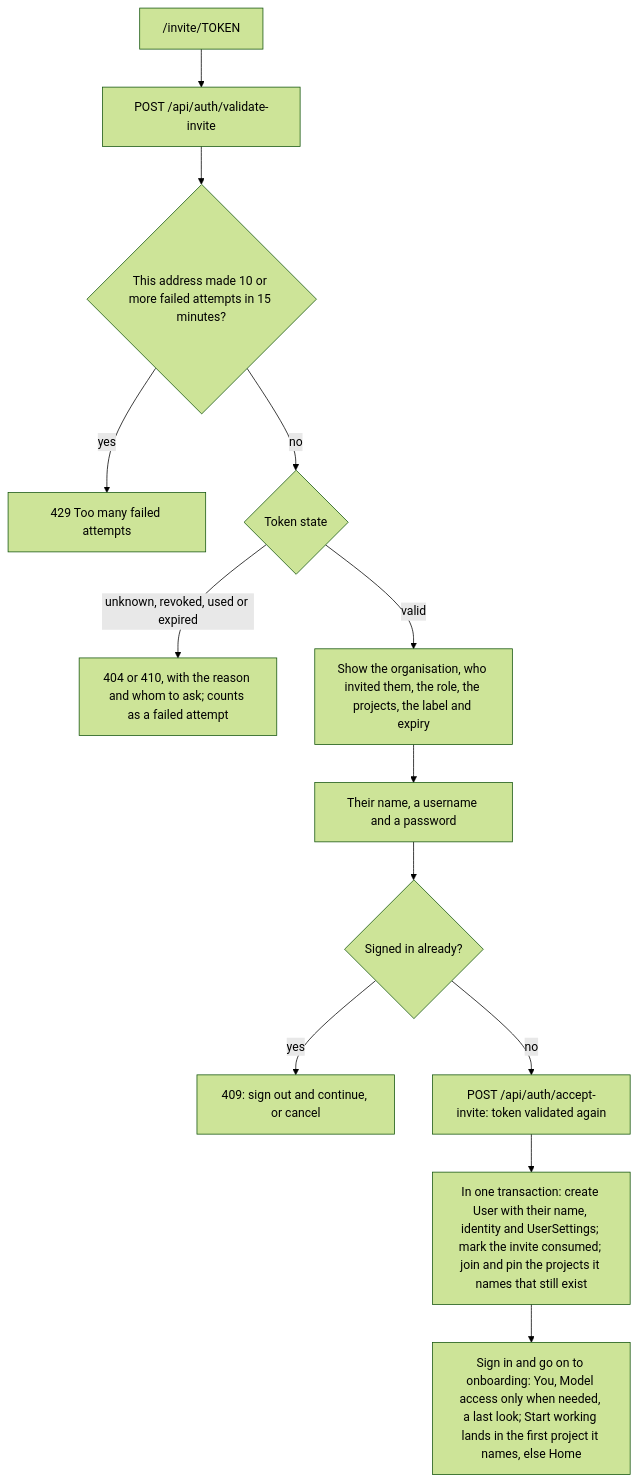
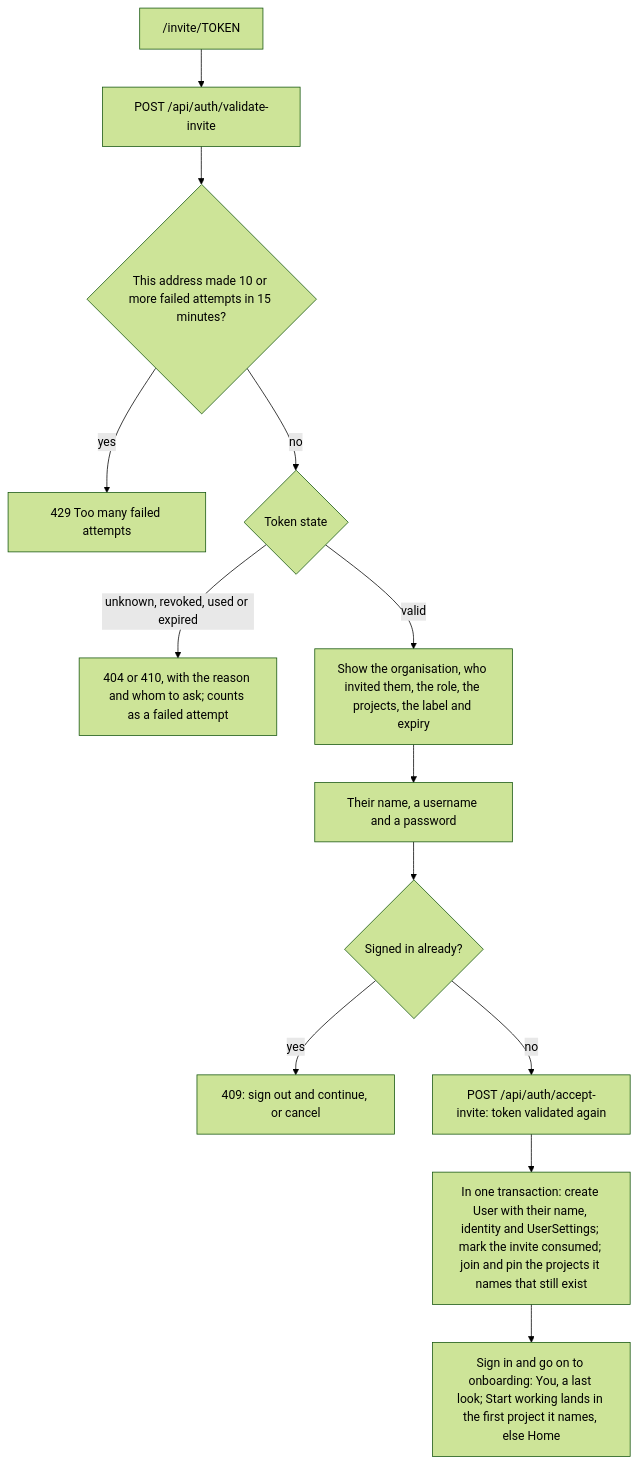
The fourth of 7 diagrams in docs/concepts/auth/invite-auth.md (solution84-com/agenthix), drawn with Mermaid (forest theme) before and after one commit. The commit also changed other lines of this file and 40 other files, not shown here.

Commit message:
docs(concepts,architecture): providers, model resolution and lists, voice, billing and the ledger, the admin area, setup with models and voice, the AI contract with Cloud, and the site's provider descriptors and usage reports

````diff
--- a/docs/concepts/auth/invite-auth.md
+++ b/docs/concepts/auth/invite-auth.md
@@ -116,15 +117,15 @@
 ```mermaid
 flowchart TD
     A["/invite/TOKEN"] --> B["POST /api/auth/validate-invite"]
     B --> R{"This address made 10 or more failed attempts in 15 minutes?"}
     R -- yes --> R2["429 Too many failed attempts"]
     R -- no --> C{"Token state"}
     C -- "unknown, revoked, used or expired" --> E["404 or 410, with the reason and whom to ask; counts as a failed attempt"]
     C -- valid --> F["Show the organisation, who invited them, the role, the projects, the label and expiry"]
     F --> G["Their name, a username and a password"]
     G --> S{"Signed in already?"}
     S -- yes --> S2["409: sign out and continue, or cancel"]
     S -- no --> I["POST /api/auth/accept-invite: token validated again"]
     I --> L["In one transaction: create User with their name, identity and UserSettings; mark the invite consumed; join and pin the projects it names that still exist"]
-    L --> N["Sign in and go on to onboarding: You, Model access only when needed, a last look; Start working lands in the first project it names, else Home"]
+    L --> N["Sign in and go on to onboarding: You, a last look; Start working lands in the first project it names, else Home"]
 ```
````
